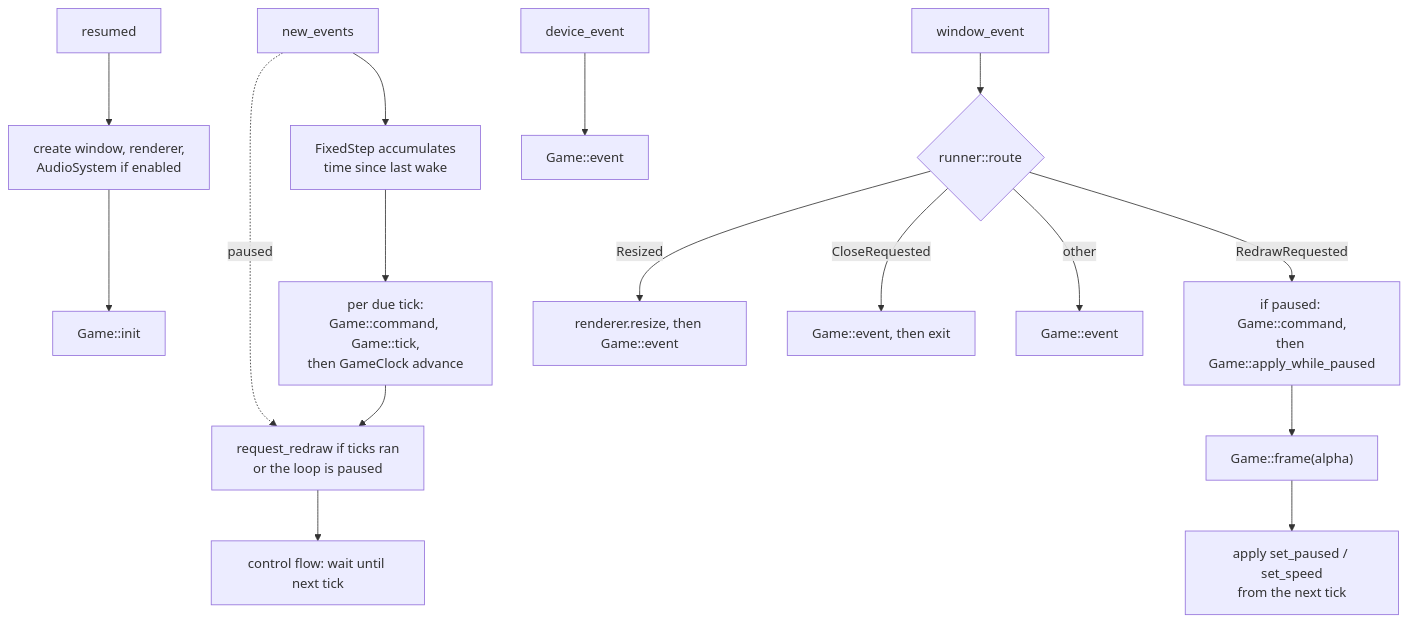
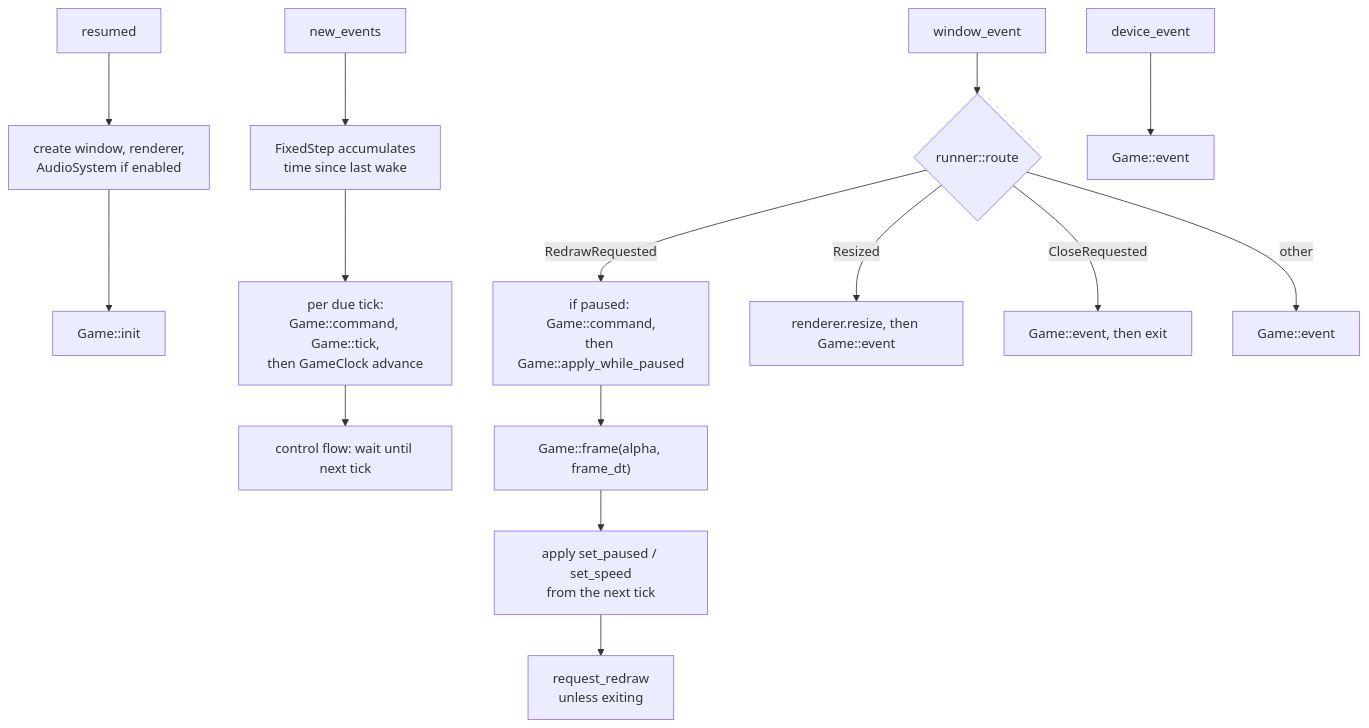
Before and after one commit to WrackedFella/moho: the first of 2 diagrams in wiki/architecture/frame-loop.md, drawn with Mermaid. The commit also changed other lines of this file and 17 other files, not shown here.

````diff
--- a/wiki/architecture/frame-loop.md
+++ b/wiki/architecture/frame-loop.md
@@ -14,19 +14,18 @@
 ```mermaid
 flowchart TD
     RES["resumed"] --> mk["create window, renderer,<br/>AudioSystem if enabled"] --> init["Game::init"]
 
     NE["new_events"] --> acc["FixedStep accumulates<br/>time since last wake"]
-    NE -. paused .-> rr
     acc --> tk["per due tick:<br/>Game::command, Game::tick,<br/>then GameClock advance"]
-    tk --> rr["request_redraw if ticks ran<br/>or the loop is paused"]
-    rr --> cf["control flow: wait until next tick"]
+    tk --> cf["control flow: wait until next tick"]
 
     WE["window_event"] --> route{"runner::route"}
-    route -- RedrawRequested --> wp["if paused: Game::command,<br/>then Game::apply_while_paused"] --> fr["Game::frame(alpha)"]
+    route -- RedrawRequested --> wp["if paused: Game::command,<br/>then Game::apply_while_paused"] --> fr["Game::frame(alpha, frame_dt)"]
     fr --> req["apply set_paused / set_speed<br/>from the next tick"]
+    req --> rr["request_redraw<br/>unless exiting"]
     route -- Resized --> rs["renderer.resize, then Game::event"]
     route -- CloseRequested --> ev["Game::event, then exit"]
     route -- other --> ev2["Game::event"]
 
     DE["device_event"] --> ev3["Game::event"]
 ```
````
